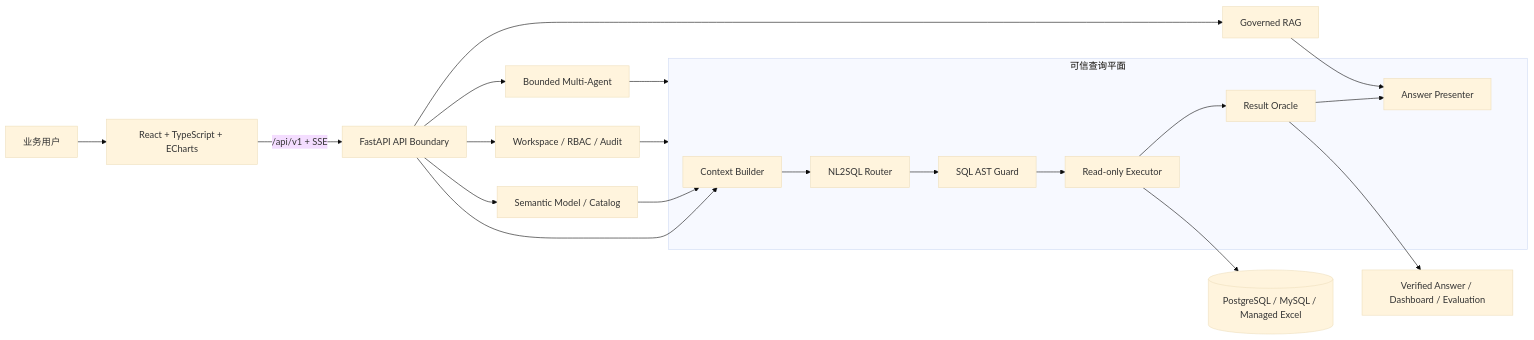
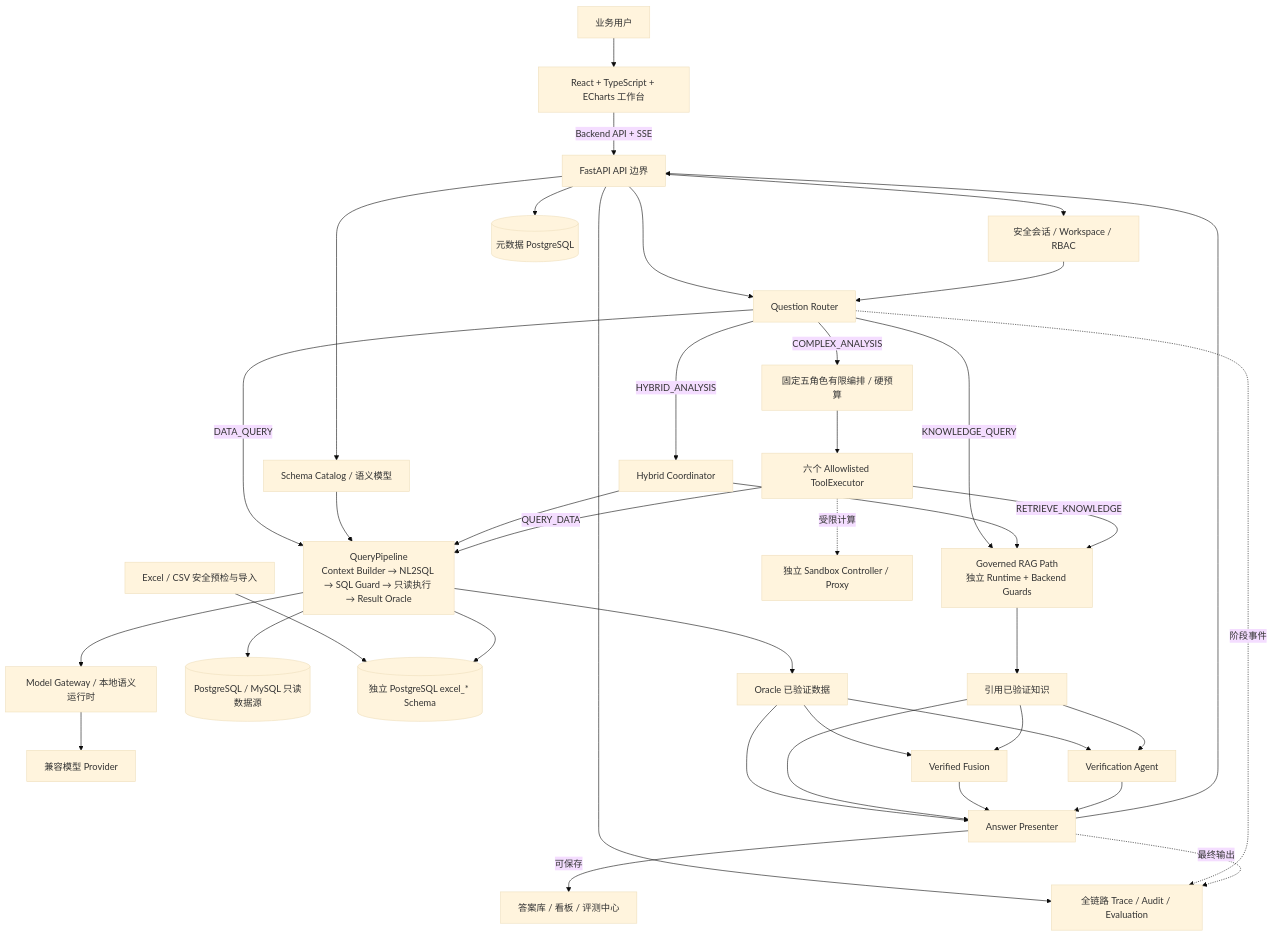
One commit to wyg916/ChatBI-V2 changed the first of 2 diagrams in README.md. Above: the diagram before and after it, drawn with Mermaid (base theme). The commit also changed other lines of this file and 1 other file, not shown here.

Commit message:
docs: prepare native video and trusted query flows

````diff
--- a/README.md
+++ b/README.md
@@ -64,26 +56,47 @@
 ```mermaid
-flowchart LR
-    U[业务用户] --> FE[React + TypeScript + ECharts]
-    FE -->|/api/v1 + SSE| API[FastAPI API Boundary]
+flowchart TB
+    U[业务用户] --> FE[React + TypeScript + ECharts 工作台]
+    FE -->|Backend API + SSE| API[FastAPI API 边界]
 
-    subgraph QP[可信查询平面]
-      CTX[Context Builder] --> N2S[NL2SQL Router]
-      N2S --> SG[SQL AST Guard]
-      SG --> EX[Read-only Executor]
-      EX --> RO[Result Oracle]
-      RO --> AP[Answer Presenter]
-    end
+    API --> IAM[安全会话 / Workspace / RBAC]
+    API --> SEM[Schema Catalog / 语义模型]
+    API --> ROUTE[Question Router]
+    API --> META[(元数据 PostgreSQL)]
+    API --> OBS[全链路 Trace / Audit / Evaluation]
 
-    API --> CTX
-    API --> SEM[Semantic Model / Catalog]
-    API --> GOV[Workspace / RBAC / Audit]
-    API --> RAG[Governed RAG]
-    API --> AG[Bounded Multi-Agent]
+    ROUTE -->|DATA_QUERY| QP[QueryPipeline<br/>Context Builder → NL2SQL → SQL Guard → 只读执行 → Result Oracle]
+    ROUTE -->|KNOWLEDGE_QUERY| RAG[Governed RAG Path<br/>独立 Runtime + Backend Guards]
+    ROUTE -->|HYBRID_ANALYSIS| HYBRID[Hybrid Coordinator]
+    ROUTE -->|COMPLEX_ANALYSIS| AGENT[固定五角色有限编排 / 硬预算]
 
-    SEM --> CTX
-    GOV --> QP
-    RAG --> AP
-    AG --> QP
-    EX --> DS[(PostgreSQL / MySQL / Managed Excel)]
-    RO --> VA[Verified Answer / Dashboard / Evaluation]
+    IAM --> ROUTE
+    SEM --> QP
+    QP --> MG[Model Gateway / 本地语义运行时]
+    MG --> PROVIDER[兼容模型 Provider]
+    QP --> DB[(PostgreSQL / MySQL 只读数据源)]
+    IMPORT[Excel / CSV 安全预检与导入] --> MANAGED[(独立 PostgreSQL excel_* Schema)]
+    QP --> MANAGED
+
+    HYBRID --> QP
+    HYBRID --> RAG
+    QP --> DATAEVID[Oracle 已验证数据]
+    RAG --> KNOWEVID[引用已验证知识]
+    DATAEVID --> FUSION[Verified Fusion]
+    KNOWEVID --> FUSION
+
+    AGENT --> TOOLS[六个 Allowlisted ToolExecutor]
+    TOOLS -->|QUERY_DATA| QP
+    TOOLS -->|RETRIEVE_KNOWLEDGE| RAG
+    TOOLS -. 受限计算 .-> SANDBOX[独立 Sandbox Controller / Proxy]
+    DATAEVID --> VERIFY[Verification Agent]
+    KNOWEVID --> VERIFY
+
+    DATAEVID --> PRESENT[Answer Presenter]
+    KNOWEVID --> PRESENT
+    FUSION --> PRESENT
+    VERIFY --> PRESENT
+    PRESENT -->|可保存| LIB[答案库 / 看板 / 评测中心]
+    PRESENT --> API
+    ROUTE -. 阶段事件 .-> OBS
+    PRESENT -. 最终输出 .-> OBS
 ```
````
